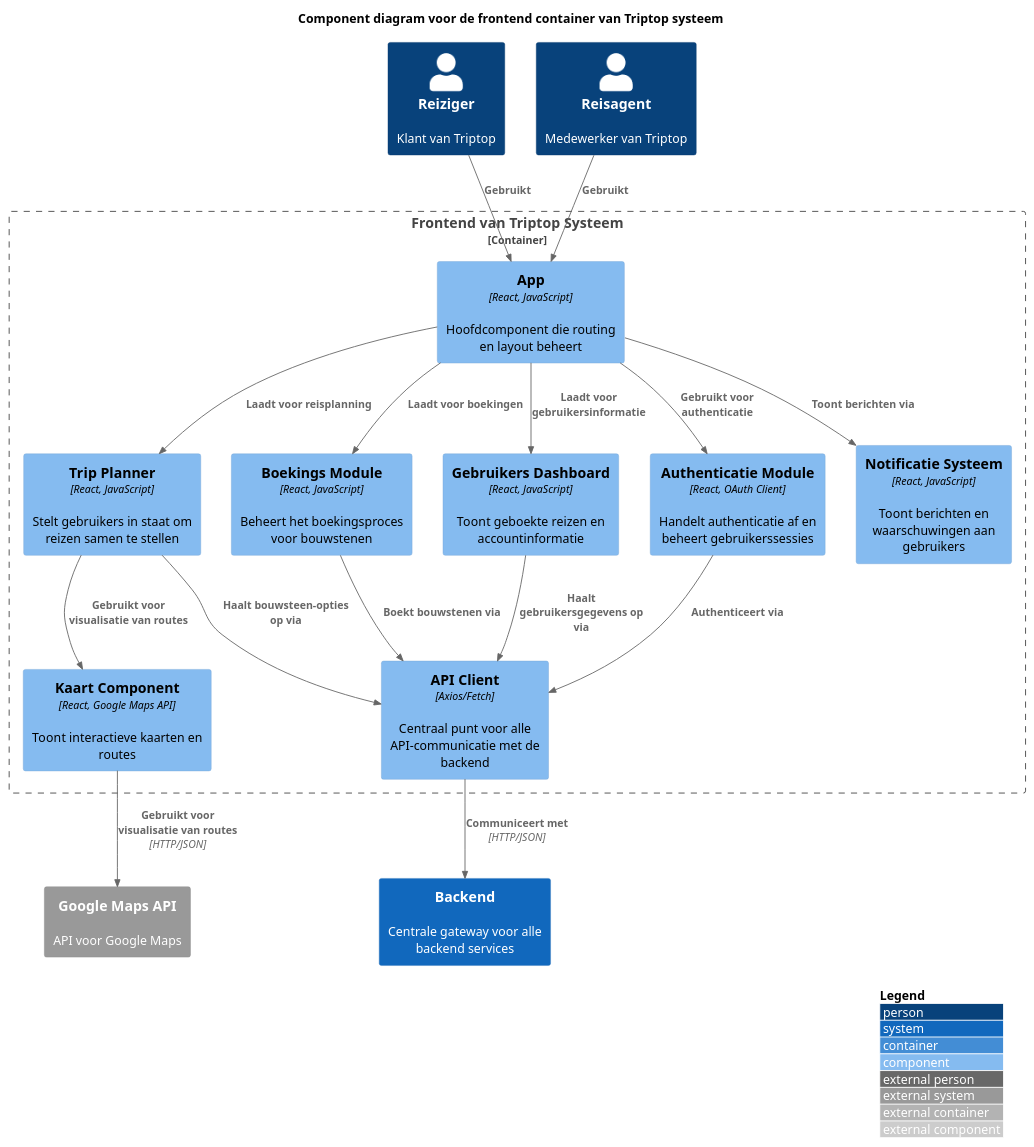
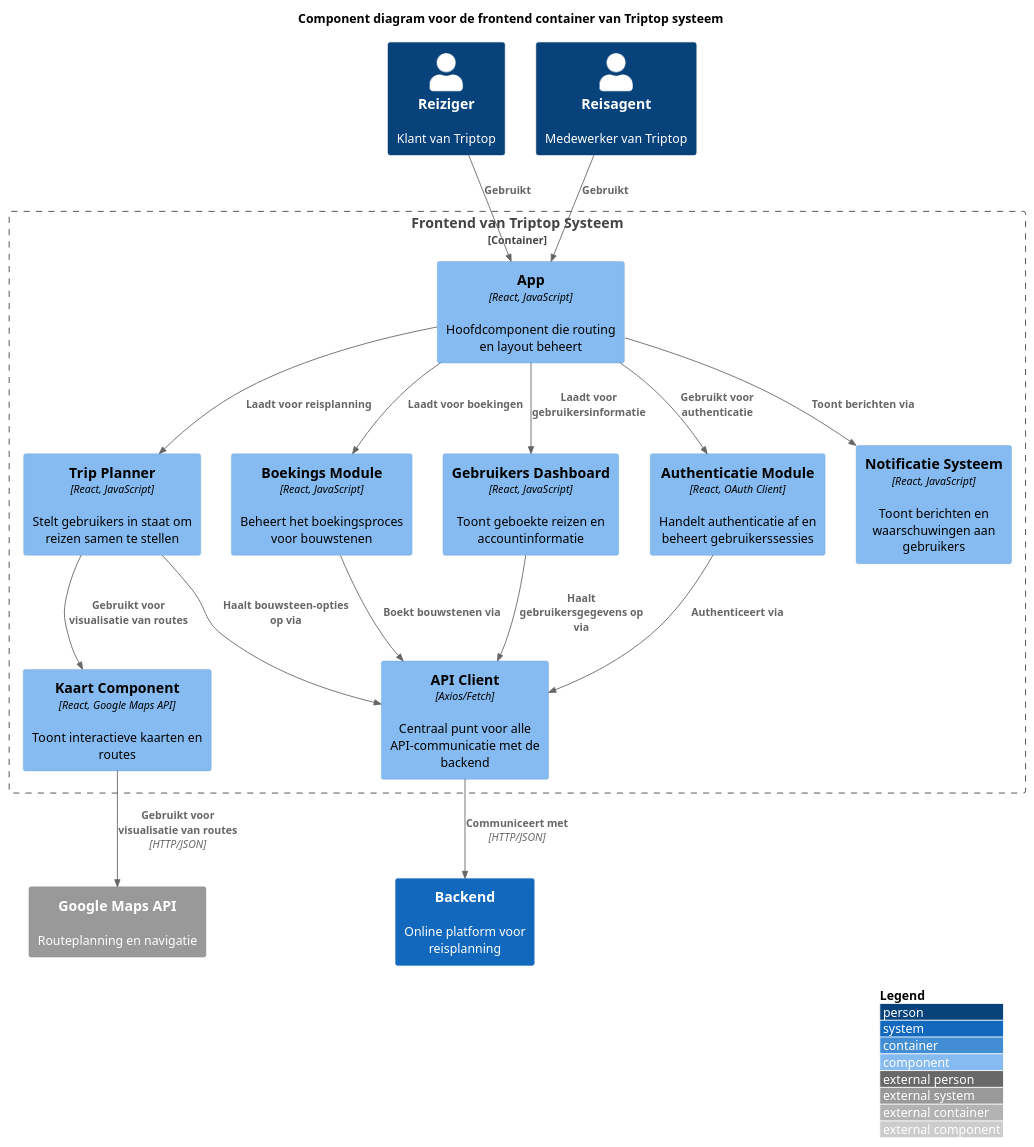
Before and after one commit to AIM-ENE-feb25/triptop-groep-b3: the diagram in software-guidebook/groep-frontend-component-diagram.puml, drawn with PlantUML. The commit also changed 21 other files, not shown here.

```diff
--- a/software-guidebook/groep-frontend-component-diagram.puml
+++ b/software-guidebook/groep-frontend-component-diagram.puml
@@ -1,53 +1,53 @@
 @startuml Frontend Component Diagram for TripTop
 
 !include <C4/C4>
 !include <C4/C4_Component>
 
 LAYOUT_WITH_LEGEND()
 
 title Component diagram voor de frontend container van Triptop systeem
 
 Container_Boundary(web_app, "Frontend van Triptop Systeem") {
     Component(app_shell, "App", "React, JavaScript", "Hoofdcomponent die routing en layout beheert")
     
     Component(auth_module, "Authenticatie Module", "React, OAuth Client", "Handelt authenticatie af en beheert gebruikerssessies")
     
     Component(trip_planner, "Trip Planner", "React, JavaScript", "Stelt gebruikers in staat om reizen samen te stellen")
     
     Component(booking_module, "Boekings Module", "React, JavaScript", "Beheert het boekingsproces voor bouwstenen")
 
     Component(user_dashboard, "Gebruikers Dashboard", "React, JavaScript", "Toont geboekte reizen en accountinformatie")
     
     Component(map_component, "Kaart Component", "React, Google Maps API", "Toont interactieve kaarten en routes")
     
     Component(notification_system, "Notificatie Systeem", "React, JavaScript", "Toont berichten en waarschuwingen aan gebruikers")
     
     Component(api_client, "API Client", "Axios/Fetch", "Centraal punt voor alle API-communicatie met de backend")
 }
 
-System(api_gateway, "Backend", "Centrale gateway voor alle backend services")
-System_Ext(google_maps_api, "Google Maps API", "API voor Google Maps")
+System(api_gateway, "Backend", "Online platform voor reisplanning")
+System_Ext(google_maps_api, "Google Maps API", "Routeplanning en navigatie")
 
 Person(reiziger, "Reiziger", "Klant van Triptop")
 Person(reisagent, "Reisagent", "Medewerker van Triptop")
 
 ' Interne relaties
 Rel(app_shell, auth_module, "Gebruikt voor authenticatie")
 Rel(app_shell, trip_planner, "Laadt voor reisplanning")
 Rel(app_shell, booking_module, "Laadt voor boekingen")
 Rel(app_shell, user_dashboard, "Laadt voor gebruikersinformatie")
 Rel(app_shell, notification_system, "Toont berichten via")
 
 Rel(trip_planner, map_component, "Gebruikt voor visualisatie van routes")
 Rel(trip_planner, api_client, "Haalt bouwsteen-opties op via")
 Rel(booking_module, api_client, "Boekt bouwstenen via")
 Rel(auth_module, api_client, "Authenticeert via")
 Rel(user_dashboard, api_client, "Haalt gebruikersgegevens op via")
 Rel(map_component, google_maps_api, "Gebruikt voor visualisatie van routes", "HTTP/JSON")
 
 ' Externe relaties
 Rel_D(reiziger, app_shell, "Gebruikt")
 Rel_D(reisagent, app_shell, "Gebruikt")
 Rel_D(api_client, api_gateway, "Communiceert met", "HTTP/JSON")
 
 @enduml 
```
